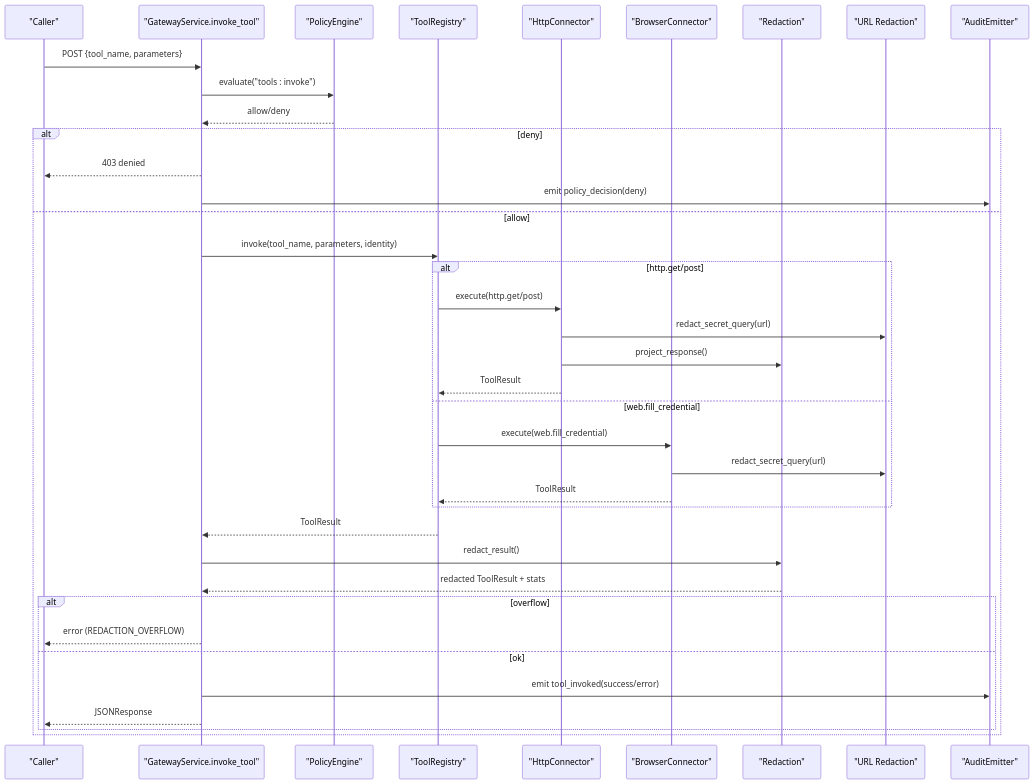
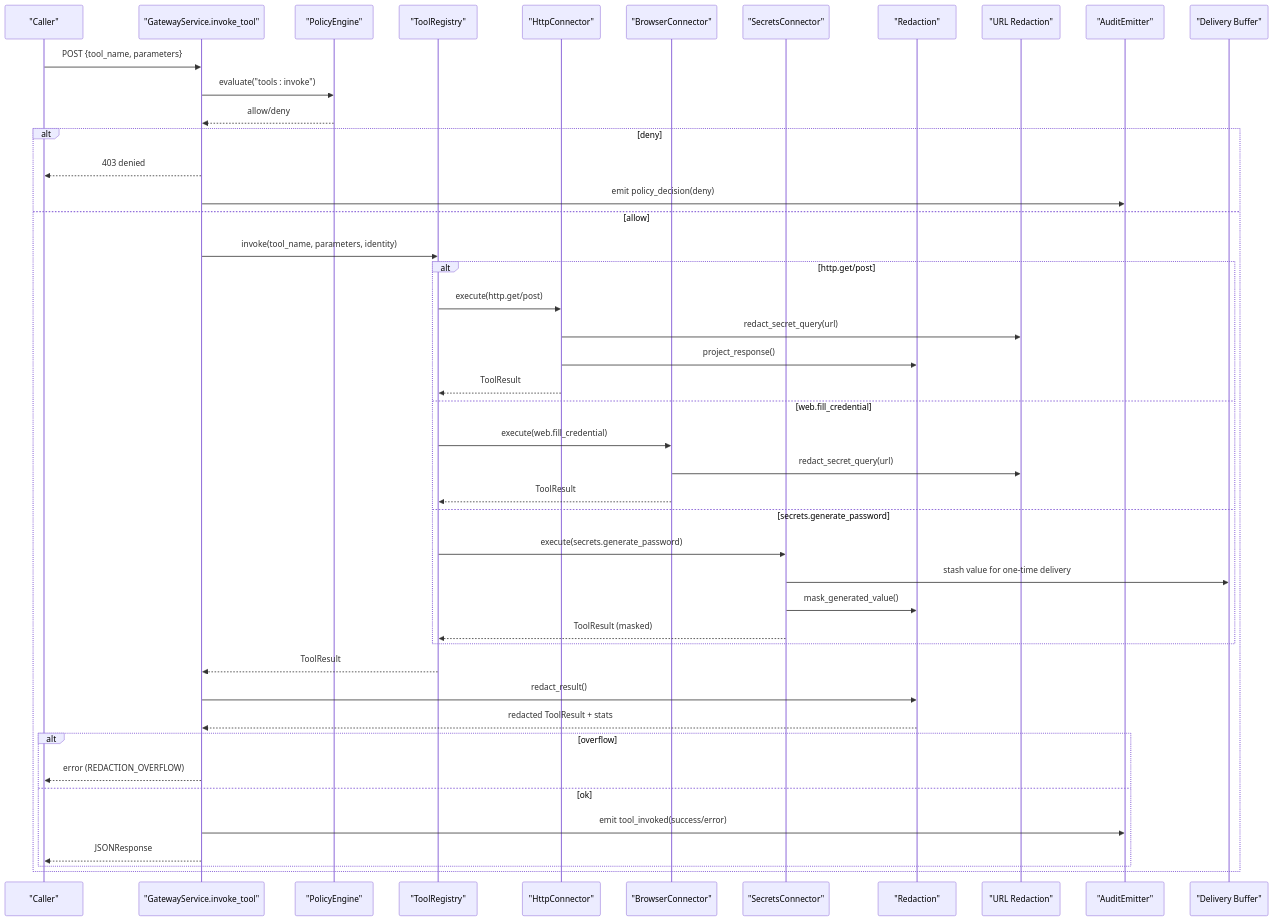
One commit to metasync/luban-aiops changed the second of 11 diagrams in .qoder/repowiki/en/content/Core Services/Tool Gateway/Credential Management and Security.md. Above: the diagram before and after it, drawn with Mermaid. The commit also changed other lines of this file and 56 other files, not shown here.

````diff
--- a/.qoder/repowiki/en/content/Core Services/Tool Gateway/Credential Management and Security.md
+++ b/.qoder/repowiki/en/content/Core Services/Tool Gateway/Credential Management and Security.md
@@ -104,40 +130,47 @@
 ```mermaid
 sequenceDiagram
 participant Client as "Caller"
 participant GW as "GatewayService.invoke_tool"
 participant POL as "PolicyEngine"
 participant REG as "ToolRegistry"
 participant HC as "HttpConnector"
 participant BC as "BrowserConnector"
+participant SC as "SecretsConnector"
 participant RED as "Redaction"
 participant UR as "URL Redaction"
 participant AUD as "AuditEmitter"
+participant BUF as "Delivery Buffer"
 Client->>GW : POST {tool_name, parameters}
 GW->>POL : evaluate("tools : invoke")
 POL-->>GW : allow/deny
 alt deny
 GW-->>Client : 403 denied
 GW->>AUD : emit policy_decision(deny)
 else allow
 GW->>REG : invoke(tool_name, parameters, identity)
 alt http.get/post
 REG->>HC : execute(http.get/post)
 HC->>UR : redact_secret_query(url)
 HC->>RED : project_response()
 HC-->>REG : ToolResult
 else web.fill_credential
 REG->>BC : execute(web.fill_credential)
 BC->>UR : redact_secret_query(url)
 BC-->>REG : ToolResult
+else secrets.generate_password
+REG->>SC : execute(secrets.generate_password)
+SC->>BUF : stash value for one-time delivery
+SC->>RED : mask_generated_value()
+SC-->>REG : ToolResult (masked)
 end
 REG-->>GW : ToolResult
 GW->>RED : redact_result()
 RED-->>GW : redacted ToolResult + stats
 alt overflow
 GW-->>Client : error (REDACTION_OVERFLOW)
 else ok
 GW->>AUD : emit tool_invoked(success/error)
 GW-->>Client : JSONResponse
 end
 end
 ```
````
